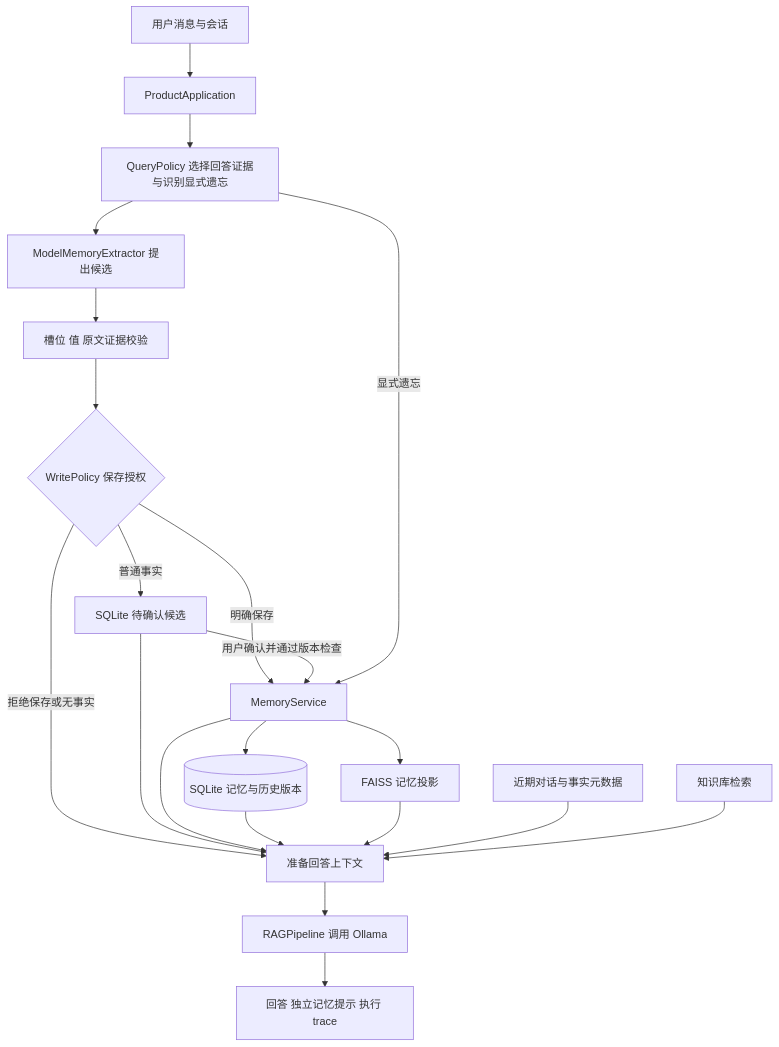
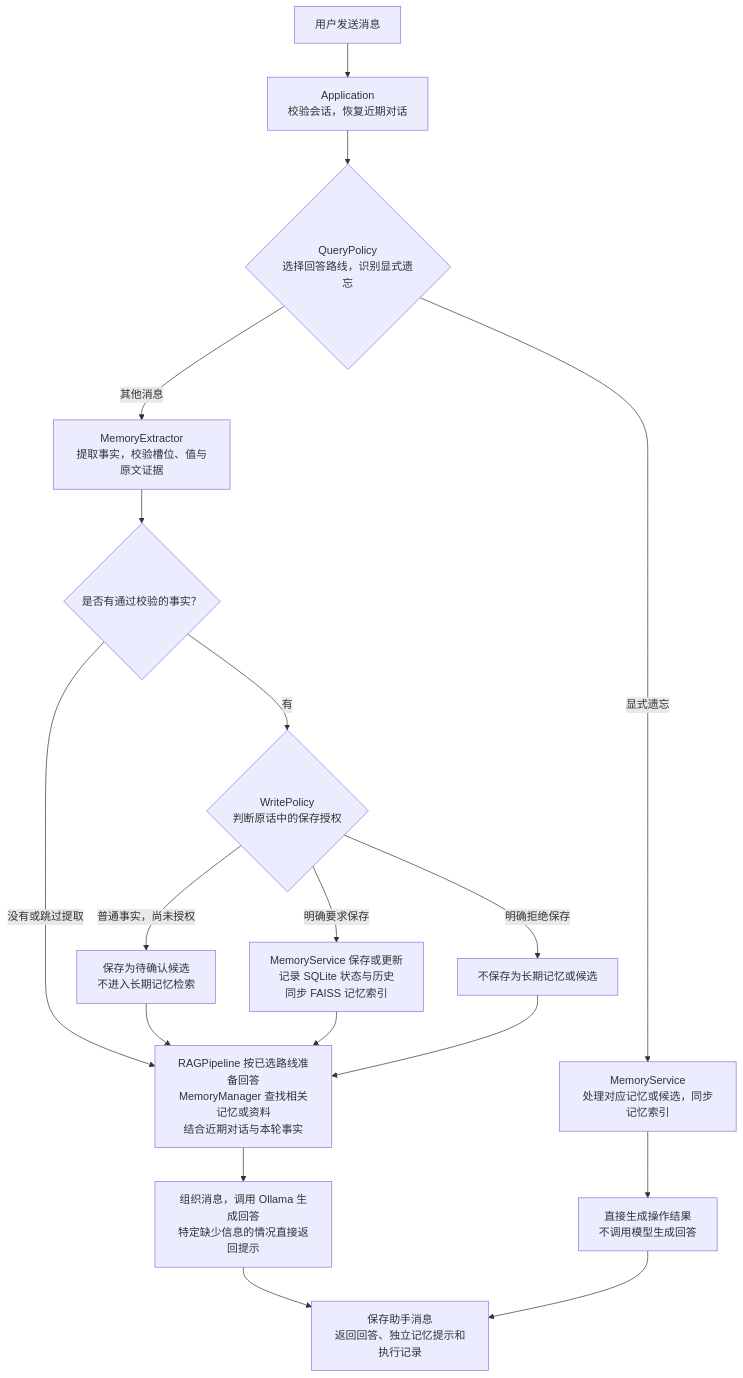
One commit to LiuSunshine1223/Agent-Memory changed the first of 2 diagrams in README.md. Above: the diagram before and after it, drawn with Mermaid. The commit also changed other lines of this file and 32 other files, not shown here.

````diff
--- a/README.md
+++ b/README.md
@@ -143,23 +156,27 @@
 ```mermaid
 flowchart TD
-    U[用户消息与会话] --> A[ProductApplication]
-    A --> Q[QueryPolicy 选择回答证据与识别显式遗忘]
-    Q --> E[ModelMemoryExtractor 提出候选]
-    E --> V[槽位 值 原文证据校验]
-    V --> W{WritePolicy 保存授权}
-    W -->|普通事实| C[SQLite 待确认候选]
-    W -->|明确保存| S[MemoryService]
-    W -->|拒绝保存或无事实| R[准备回答上下文]
+    U["用户发送消息"] --> A["Application<br/>校验会话，恢复近期对话"]
+    A --> Q{"QueryPolicy<br/>选择回答路线，识别显式遗忘"}
+
+    Q -->|显式遗忘| F["MemoryService<br/>处理对应记忆或候选，同步记忆索引"]
+    F --> FR["直接生成操作结果<br/>不调用模型生成回答"]
+
+    Q -->|其他消息| E["MemoryExtractor<br/>提取事实，校验槽位、值与原文证据"]
+    E --> V{"是否有通过校验的事实？"}
+
+    V -->|没有或跳过提取| R
+    V -->|有| W{"WritePolicy<br/>判断原话中的保存授权"}
+
+    W -->|普通事实，尚未授权| C["保存为待确认候选<br/>不进入长期记忆检索"]
+    W -->|明确要求保存| S["MemoryService 保存或更新<br/>记录 SQLite 状态与历史<br/>同步 FAISS 记忆索引"]
+    W -->|明确拒绝保存| N["不保存为长期记忆或候选"]
+
     C --> R
-    C -->|用户确认并通过版本检查| S
-    S --> DB[(SQLite 记忆与历史版本)]
-    S --> F[FAISS 记忆投影]
     S --> R
-    Q -->|显式遗忘| S
-    DB --> R
-    F --> R
-    H[近期对话与事实元数据] --> R
-    K[知识库检索] --> R
-    R --> L[RAGPipeline 调用 Ollama]
-    L --> O[回答 独立记忆提示 执行 trace]
+    N --> R
+
+    R["RAGPipeline 按已选路线准备回答<br/>MemoryManager 查找相关记忆或资料<br/>结合近期对话与本轮事实"]
+    R --> L["组织消息，调用 Ollama 生成回答<br/>特定缺少信息的情况直接返回提示"]
+    L --> O["保存助手消息<br/>返回回答、独立记忆提示和执行记录"]
+    FR --> O
 ```
````
